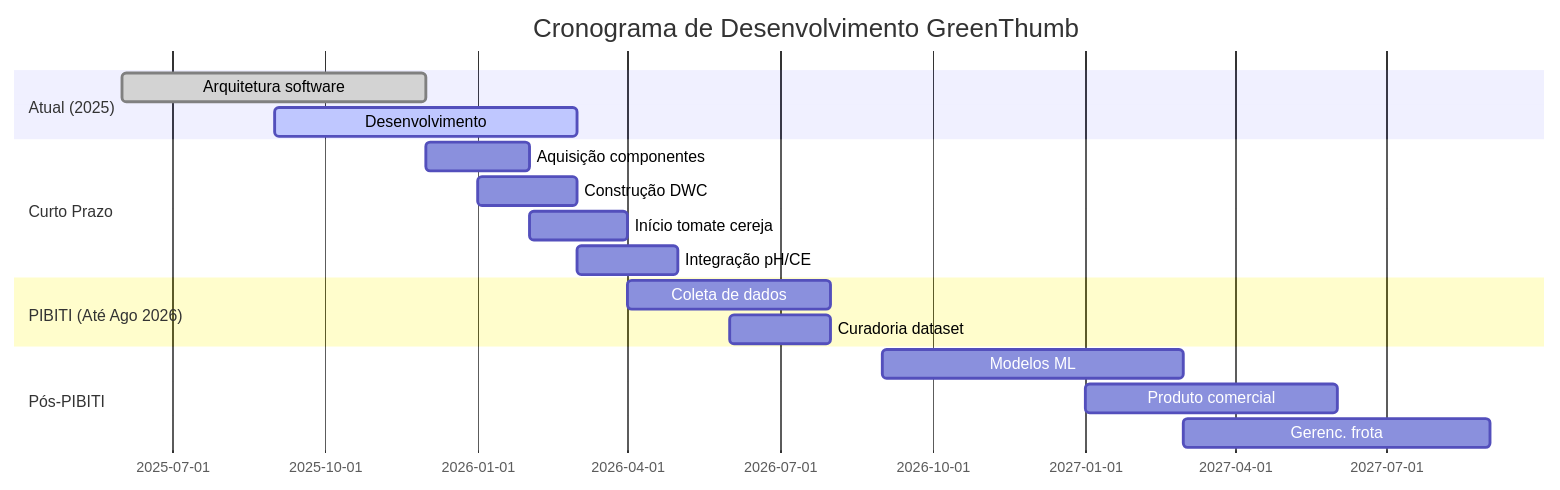
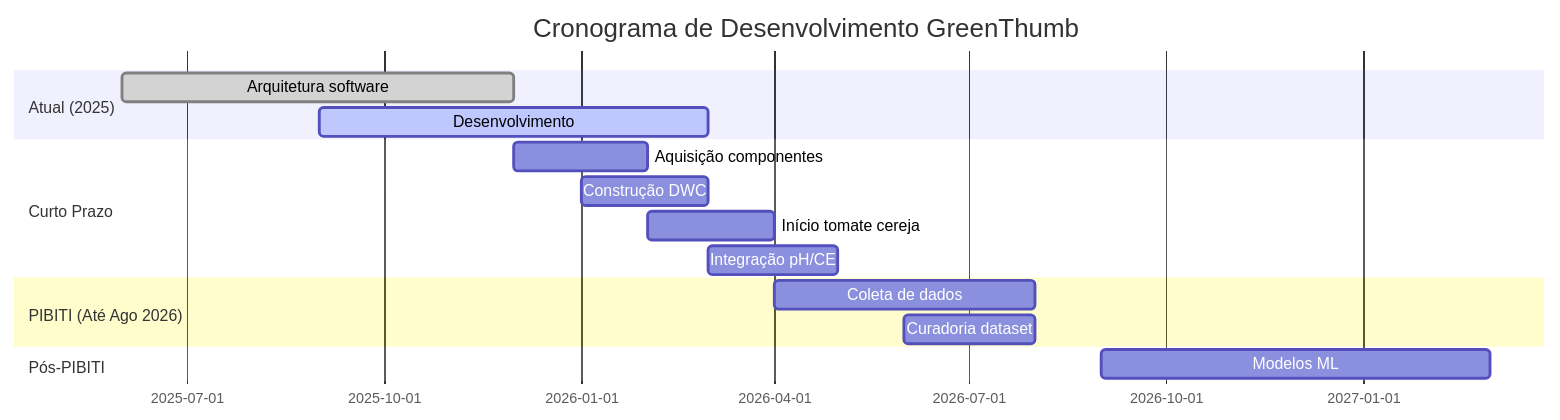
One commit to GreenThumbProject/docs changed the diagram in docs/summaries/future-work-pt.md. Above: the diagram before and after it, drawn with Mermaid. The commit also changed other lines of this file and 16 other files, not shown here.

````diff
--- a/docs/summaries/future-work-pt.md
+++ b/docs/summaries/future-work-pt.md
@@ -132,24 +124,22 @@
 ```mermaid
 gantt
     title Cronograma de Desenvolvimento GreenThumb
     dateFormat YYYY-MM
     
     section Atual (2025)
     Arquitetura software    :done, 2025-06, 2025-12
     Desenvolvimento         :active, 2025-09, 2026-03
     
     section Curto Prazo
     Aquisição componentes   :2025-12, 2026-02
     Construção DWC          :2026-01, 2026-03
     Início tomate cereja    :2026-02, 2026-04
     Integração pH/CE        :2026-03, 2026-05
     
     section PIBITI (Até Ago 2026)
     Coleta de dados         :2026-04, 2026-08
     Curadoria dataset       :2026-06, 2026-08
     
     section Pós-PIBITI
     Modelos ML              :2026-09, 2027-03
-    Produto comercial       :2027-01, 2027-06
-    Gerenc. frota           :2027-03, 2027-09
 ```
````
